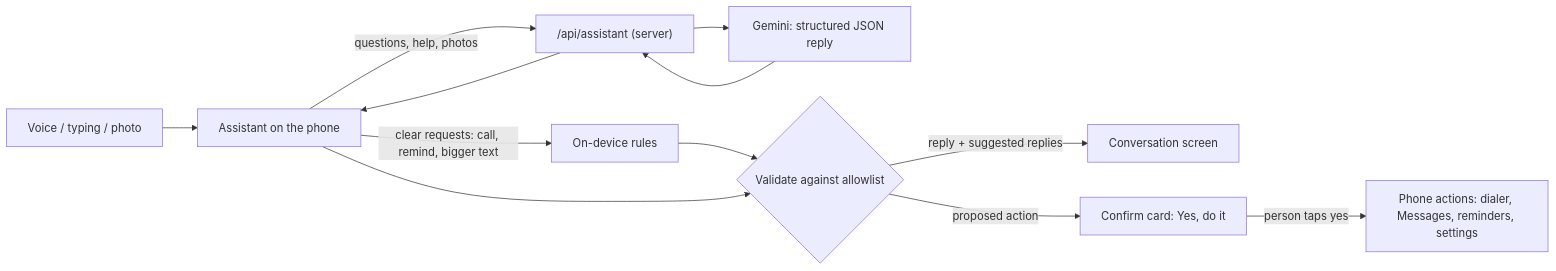
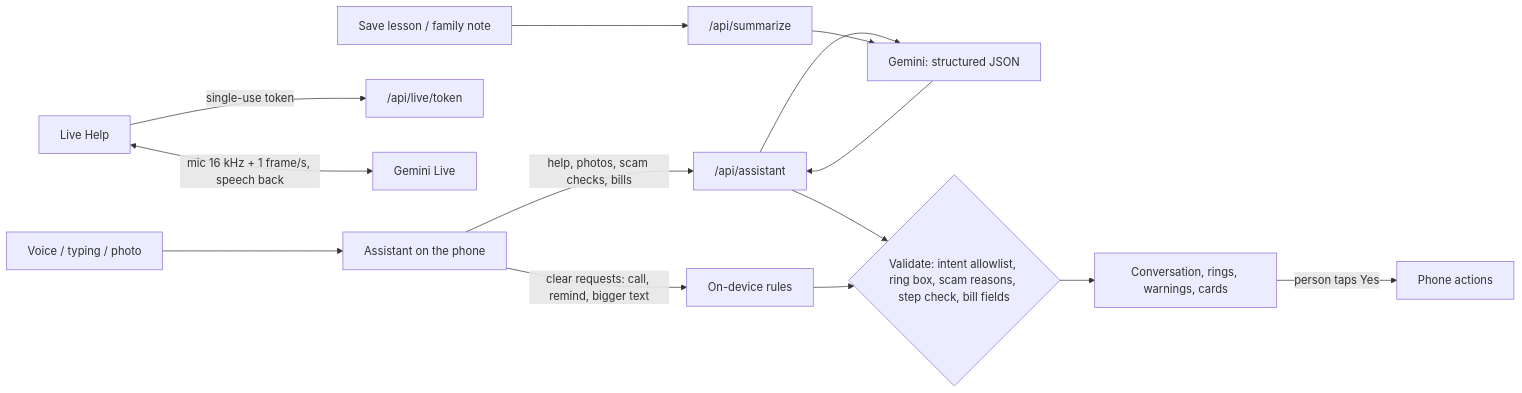
Before and after one commit to Apocalypse10110/Companion: the diagram in README.md, drawn with Mermaid. The commit also changed other lines of this file and 10 other files, not shown here.

First line of the commit message:
docs: new README, privacy, architecture and status; compact home layout

````diff
--- a/README.md
+++ b/README.md
@@ -60,13 +61,14 @@
 ```mermaid
 flowchart LR
   V[Voice / typing / photo] --> A[Assistant on the phone]
   A -->|clear requests: call, remind, bigger text| R[On-device rules]
-  A -->|questions, help, photos| S["/api/assistant (server)"]
-  S --> G[Gemini: structured JSON reply]
-  G --> S --> A
-  R --> C{Validate against allowlist}
-  A --> C
-  C -->|reply + suggested replies| UI[Conversation screen]
-  C -->|proposed action| K[Confirm card: Yes, do it]
-  K -->|person taps yes| X[Phone actions: dialer, Messages, reminders, settings]
+  A -->|help, photos, scam checks, bills| S["/api/assistant"]
+  S --> G[Gemini: structured JSON]
+  G --> S --> C{Validate: intent allowlist, ring box, scam reasons, step check, bill fields}
+  R --> C
+  C --> UI[Conversation, rings, warnings, cards]
+  UI -->|person taps Yes| X[Phone actions]
+  L[Live Help] -->|single-use token| T["/api/live/token"]
+  L <-->|mic 16 kHz + 1 frame/s, speech back| GL[Gemini Live]
+  F[Save lesson / family note] --> Y["/api/summarize"] --> G
 ```
````
